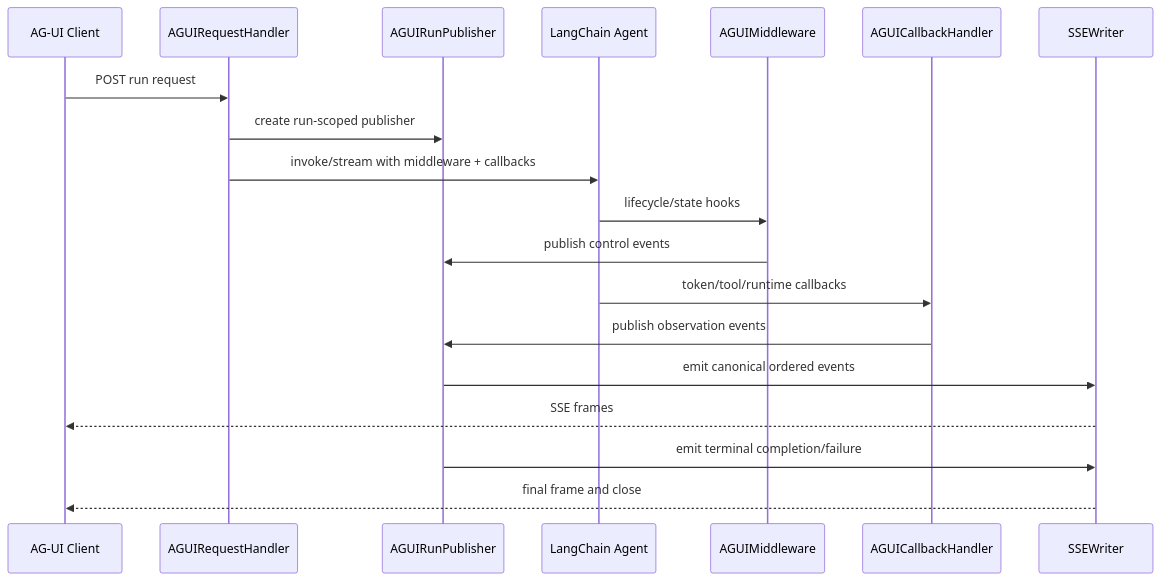
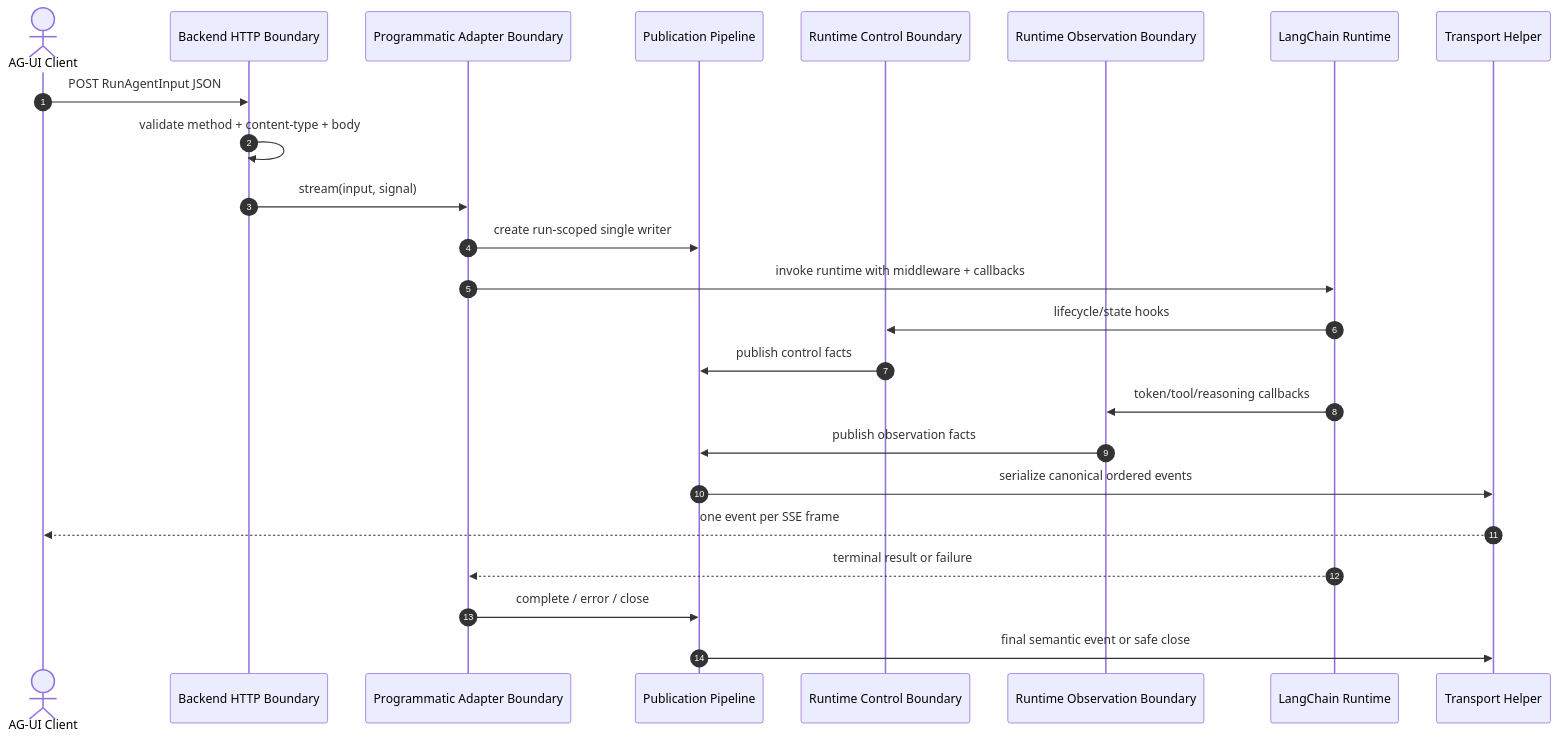
Before and after one commit to SkrOYC/langchain-middlewares-callbacks-ts: the second of 5 diagrams in packages/ag-ui-middleware-callbacks/docs/Architecture.md, drawn with Mermaid. The commit also changed other lines of this file and 3 other files, not shown here.

Commit message:
docs: reframe planning docs around adapter-first architecture

````diff
--- a/packages/ag-ui-middleware-callbacks/docs/Architecture.md
+++ b/packages/ag-ui-middleware-callbacks/docs/Architecture.md
@@ -205,22 +125,27 @@
 ```mermaid
 sequenceDiagram
-  participant Client as AG-UI Client
-  participant Handler as AGUIRequestHandler
-  participant Publisher as AGUIRunPublisher
-  participant Agent as LangChain Agent
-  participant MW as AGUIMiddleware
-  participant CB as AGUICallbackHandler
-  participant SSE as SSEWriter
+    autonumber
+    actor Client as AG-UI Client
+    participant Backend as Backend HTTP Boundary
+    participant Adapter as Programmatic Adapter Boundary
+    participant Publisher as Publication Pipeline
+    participant MW as Runtime Control Boundary
+    participant CB as Runtime Observation Boundary
+    participant Runtime as LangChain Runtime
+    participant SSE as Transport Helper
 
-  Client->>Handler: POST run request
-  Handler->>Publisher: create run-scoped publisher
-  Handler->>Agent: invoke/stream with middleware + callbacks
-  Agent->>MW: lifecycle/state hooks
-  MW->>Publisher: publish control events
-  Agent->>CB: token/tool/runtime callbacks
-  CB->>Publisher: publish observation events
-  Publisher->>SSE: emit canonical ordered events
-  SSE-->>Client: SSE frames
-  Publisher->>SSE: emit terminal completion/failure
-  SSE-->>Client: final frame and close
+    Client->>Backend: POST RunAgentInput JSON
+    Backend->>Backend: validate method + content-type + body
+    Backend->>Adapter: stream(input, signal)
+    Adapter->>Publisher: create run-scoped single writer
+    Adapter->>Runtime: invoke runtime with middleware + callbacks
+    Runtime->>MW: lifecycle/state hooks
+    MW->>Publisher: publish control facts
+    Runtime->>CB: token/tool/reasoning callbacks
+    CB->>Publisher: publish observation facts
+    Publisher->>SSE: serialize canonical ordered events
+    SSE-->>Client: one event per SSE frame
+    Runtime-->>Adapter: terminal result or failure
+    Adapter->>Publisher: complete / error / close
+    Publisher->>SSE: final semantic event or safe close
 ```
````
